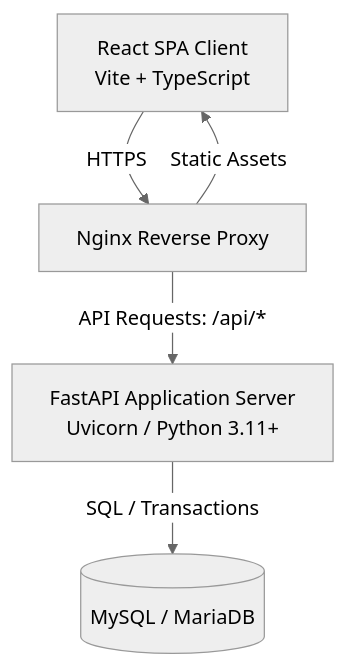
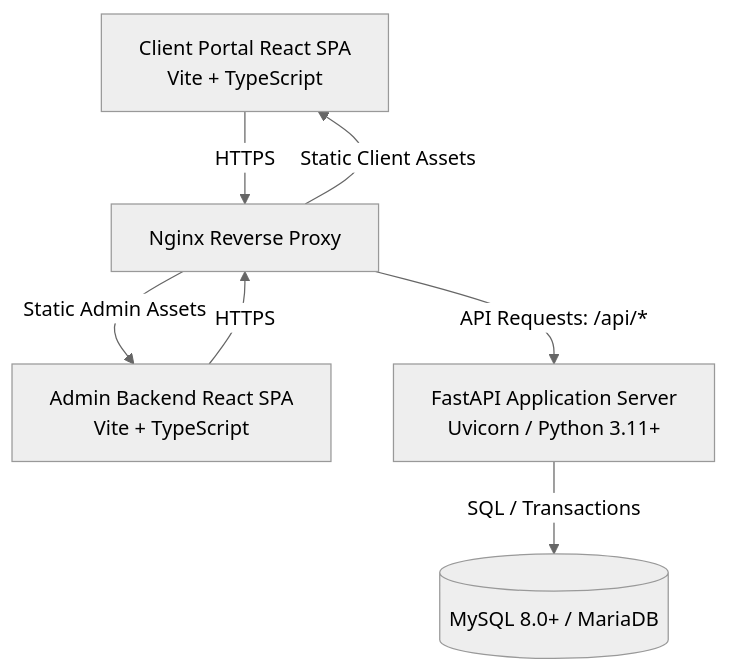
One commit to DarkMellow/finalRoundOdooHackathon changed the diagram in docs/TRD.md. Above: the diagram before and after it, drawn with Mermaid (neutral theme). The commit also changed other lines of this file and 7 other files, not shown here.

Commit message:
refactor: migrate database schema from PostgreSQL to MySQL 8.0 and update system documentation accordingly

````diff
--- a/docs/TRD.md
+++ b/docs/TRD.md
@@ -16,12 +18,15 @@
 ```mermaid
 graph TD
-    Client[React SPA Client<br/>Vite + TypeScript]
+    ClientPortal[Client Portal React SPA<br/>Vite + TypeScript]
+    AdminBackend[Admin Backend React SPA<br/>Vite + TypeScript]
     Nginx[Nginx Reverse Proxy]
     API[FastAPI Application Server<br/>Uvicorn / Python 3.11+]
-    DB[(MySQL / MariaDB)]
+    DB[(MySQL 8.0+ / MariaDB)]
 
-    Client -->|HTTPS| Nginx
-    Nginx -->|Static Assets| Client
+    ClientPortal -->|HTTPS| Nginx
+    AdminBackend -->|HTTPS| Nginx
+    Nginx -->|Static Client Assets| ClientPortal
+    Nginx -->|Static Admin Assets| AdminBackend
     Nginx -->|API Requests: /api/*| API
     API -->|SQL / Transactions| DB
 ```
````
